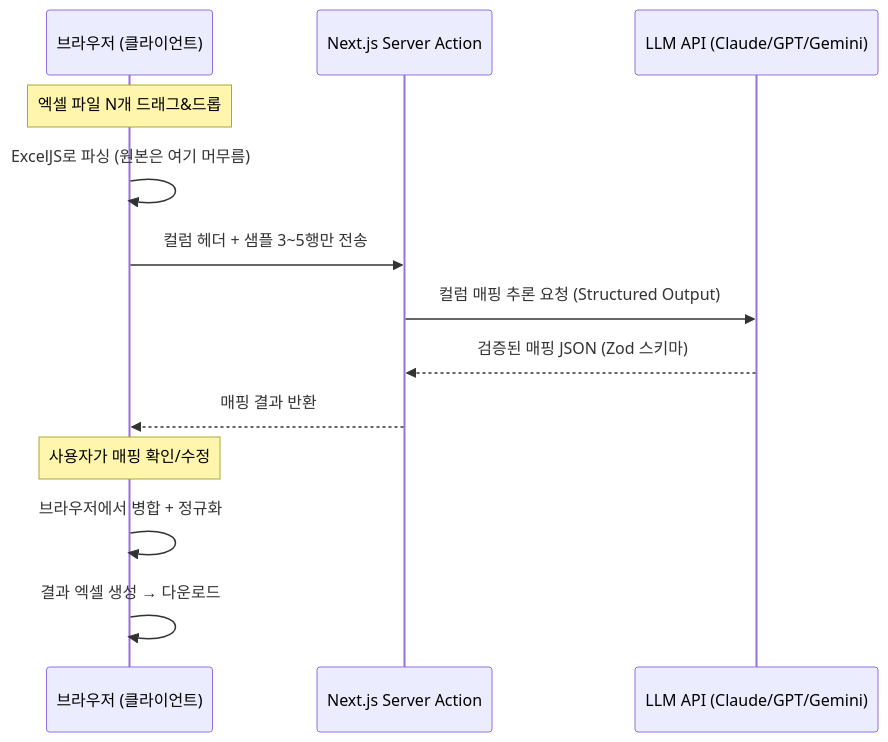
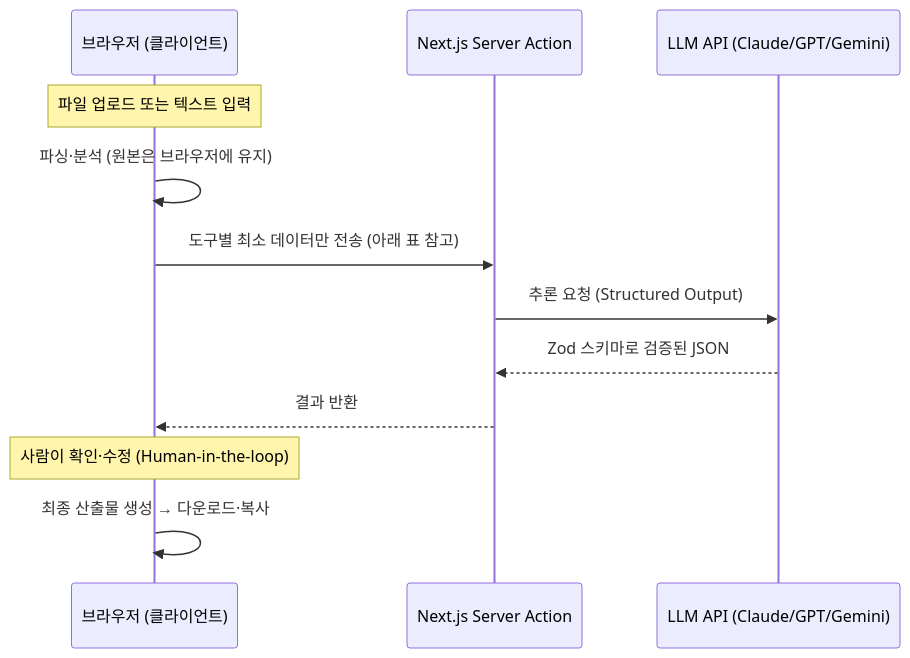
One commit to daewonLims/office-ai-toolbox changed the diagram in README.md. Above: the diagram before and after it, drawn with Mermaid. The commit also changed other lines of this file and 13 other files, not shown here.

````diff
--- a/README.md
+++ b/README.md
@@ -59,16 +62,15 @@
 ```mermaid
 sequenceDiagram
     participant B as 브라우저 (클라이언트)
     participant S as Next.js Server Action
     participant C as LLM API (Claude/GPT/Gemini)
 
-    Note over B: 엑셀 파일 N개 드래그&드롭
-    B->>B: ExcelJS로 파싱 (원본은 여기 머무름)
-    B->>S: 컬럼 헤더 + 샘플 3~5행만 전송
-    S->>C: 컬럼 매핑 추론 요청 (Structured Output)
-    C-->>S: 검증된 매핑 JSON (Zod 스키마)
-    S-->>B: 매핑 결과 반환
-    Note over B: 사용자가 매핑 확인/수정
-    B->>B: 브라우저에서 병합 + 정규화
-    B->>B: 결과 엑셀 생성 → 다운로드
+    Note over B: 파일 업로드 또는 텍스트 입력
+    B->>B: 파싱·분석 (원본은 브라우저에 유지)
+    B->>S: 도구별 최소 데이터만 전송 (아래 표 참고)
+    S->>C: 추론 요청 (Structured Output)
+    C-->>S: Zod 스키마로 검증된 JSON
+    S-->>B: 결과 반환
+    Note over B: 사람이 확인·수정 (Human-in-the-loop)
+    B->>B: 최종 산출물 생성 → 다운로드·복사
 ```
````
